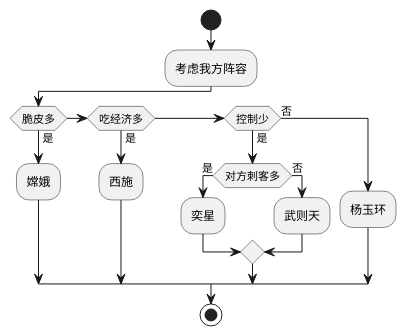
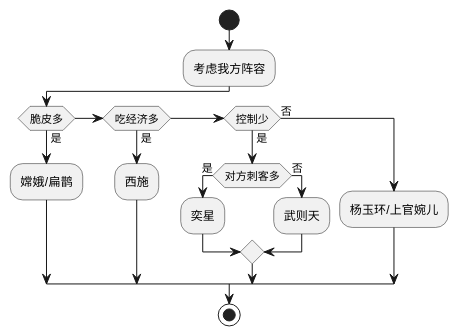
One commit to shenyizhou/hexo changed the second of 5 diagrams in source/_posts/2020-12-22-王者荣耀.md. Above: the diagram before and after it, drawn with PlantUML. The commit also changed other lines of this file and 5 other files, not shown here.

````diff
--- a/source/_posts/2020-12-22-王者荣耀.md
+++ b/source/_posts/2020-12-22-王者荣耀.md
@@ -201,20 +271,20 @@
 ```puml
 @startuml
 start
 :考虑我方阵容;
 if (脆皮多) then (是)
-  :嫦娥;
+  :嫦娥/扁鹊;
 elseif (吃经济多) then (是)
   :西施;
 elseif (控制少) then (是)
   if (对方刺客多) then (是)
     :奕星;
   else (否)
     :武则天;
   endif
 else (否)
-  :杨玉环;
+  :杨玉环/上官婉儿;
 endif
 stop
 @enduml
 ```
````
